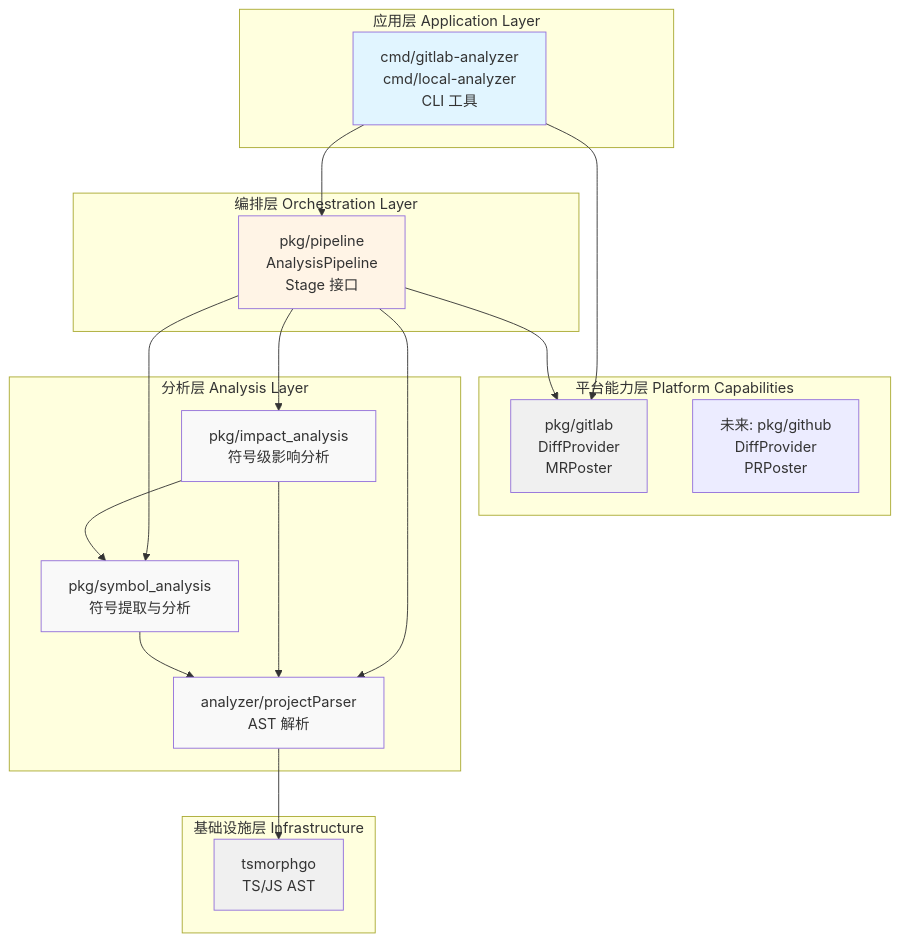
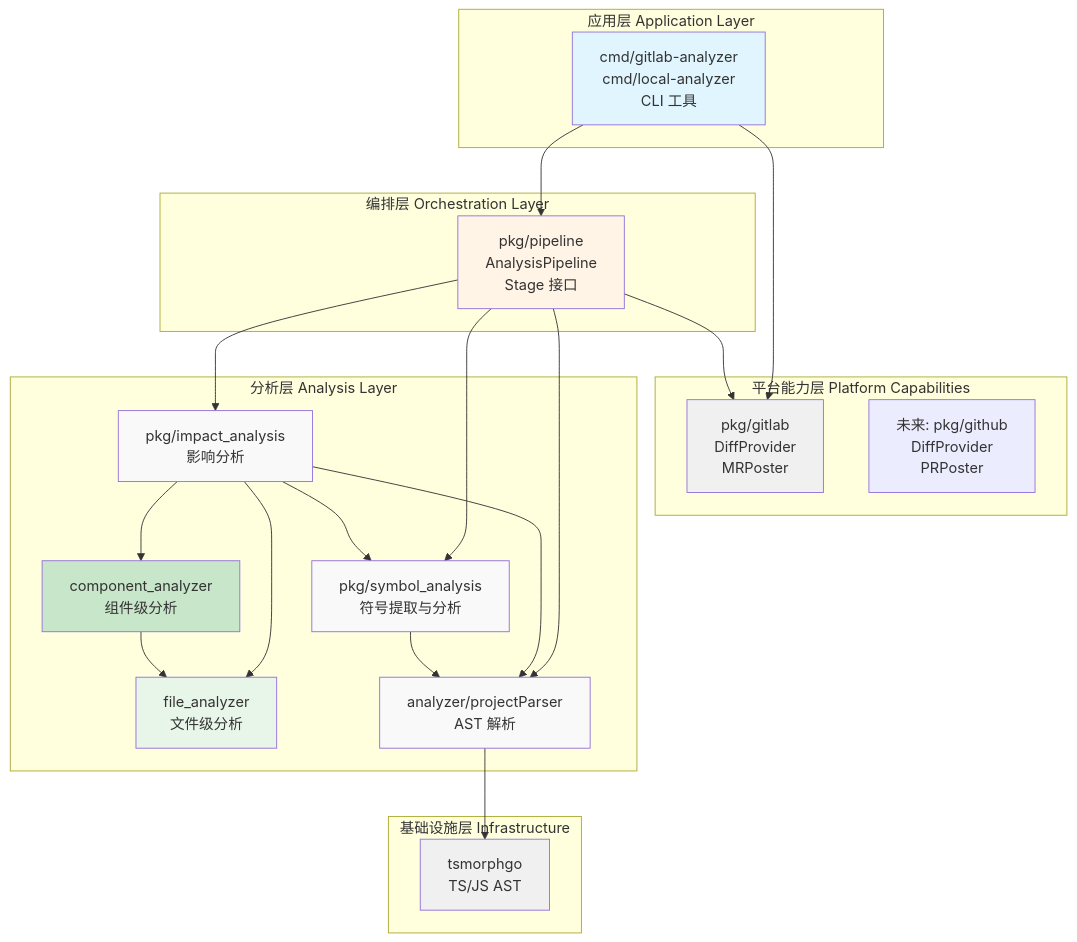
The first of 13 diagrams in pkg/ARCHITECTURE.md (Flying-Bird1999/analyzer-ts), drawn with Mermaid before and after one commit. The commit also changed other lines of this file and 64 other files, not shown here.

````diff
--- a/pkg/ARCHITECTURE.md
+++ b/pkg/ARCHITECTURE.md
@@ -20,46 +20,53 @@
 ```mermaid
 graph TB
     subgraph "应用层 Application Layer"
         APP[cmd/gitlab-analyzer<br/>cmd/local-analyzer<br/>CLI 工具]
     end
 
     subgraph "编排层 Orchestration Layer"
         PIPELINE[pkg/pipeline<br/>AnalysisPipeline<br/>Stage 接口]
     end
 
     subgraph "平台能力层 Platform Capabilities"
         GITLAB[pkg/gitlab<br/>DiffProvider<br/>MRPoster]
         GITHUB[未来: pkg/github<br/>DiffProvider<br/>PRPoster]
     end
 
     subgraph "分析层 Analysis Layer"
-        IMPACT[pkg/impact_analysis<br/>符号级影响分析]
+        IMPACT[pkg/impact_analysis<br/>影响分析]
+        SUB_IMPACT_FILE[file_analyzer<br/>文件级分析]
+        SUB_IMPACT_COMP[component_analyzer<br/>组件级分析]
         SYMBOL[pkg/symbol_analysis<br/>符号提取与分析]
         PARSER[analyzer/projectParser<br/>AST 解析]
     end
 
     subgraph "基础设施层 Infrastructure"
         TSMORPHGO[tsmorphgo<br/>TS/JS AST]
     end
 
     APP --> PIPELINE
     APP --> GITLAB
 
     PIPELINE --> GITLAB
     PIPELINE --> IMPACT
     PIPELINE --> SYMBOL
     PIPELINE --> PARSER
 
+    IMPACT --> SUB_IMPACT_FILE
+    IMPACT --> SUB_IMPACT_COMP
+    SUB_IMPACT_COMP --> SUB_IMPACT_FILE
     IMPACT --> SYMBOL
     IMPACT --> PARSER
     SYMBOL --> PARSER
     PARSER --> TSMORPHGO
 
     style APP fill:#e1f5ff
     style PIPELINE fill:#fff4e6
     style GITLAB fill:#f0f0f0
     style IMPACT fill:#f9f9f9
+    style SUB_IMPACT_FILE fill:#e8f5e9
+    style SUB_IMPACT_COMP fill:#c8e6c9
     style SYMBOL fill:#f9f9f9
     style PARSER fill:#f9f9f9
     style TSMORPHGO fill:#f0f0f0
 ```
````
